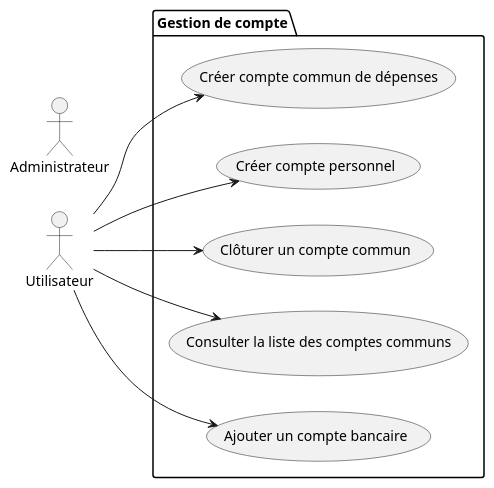
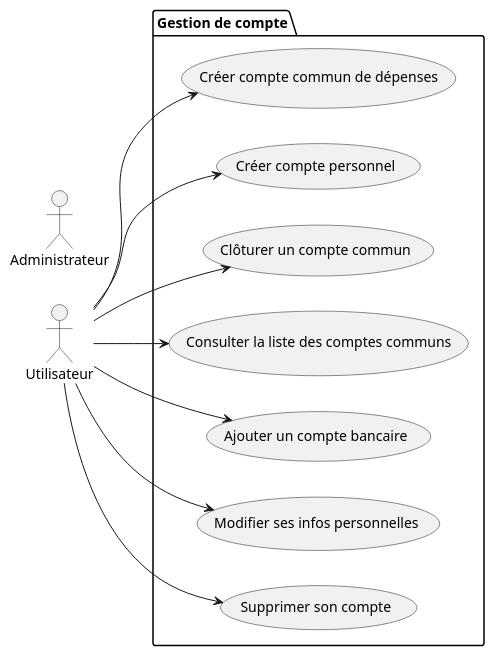
One commit to lmtb06/sharecount changed the diagram in diagrammes/specification/cas-utilisation/package-gestiondecompte.puml. Above: the diagram before and after it, drawn with PlantUML. The commit also changed 5 other files, not shown here.

```diff
--- a/diagrammes/specification/cas-utilisation/package-gestiondecompte.puml
+++ b/diagrammes/specification/cas-utilisation/package-gestiondecompte.puml
@@ -1,22 +1,26 @@
 @startuml Cas utilisation - Gestion de compte
 left to right direction
 
 actor "Utilisateur" as User
 
 actor "Administrateur" as Admin
 
 package "Gestion de compte"{
 	usecase "Créer compte commun de dépenses" as cccd
 	usecase "Créer compte personnel" as ccp
 	usecase "Clôturer un compte commun" as ccc
 	usecase "Consulter la liste des comptes communs" as clcc
 	usecase "Ajouter un compte bancaire" as acb
+	usecase "Modifier ses infos personnelles" as msip
+	usecase "Supprimer son compte" as ssc
 }
 
 User --> cccd
+User --> msip
+User --> ssc
 User --> ccp
 User --> ccc
 User --> clcc
 User --> acb
 
 @enduml
```
